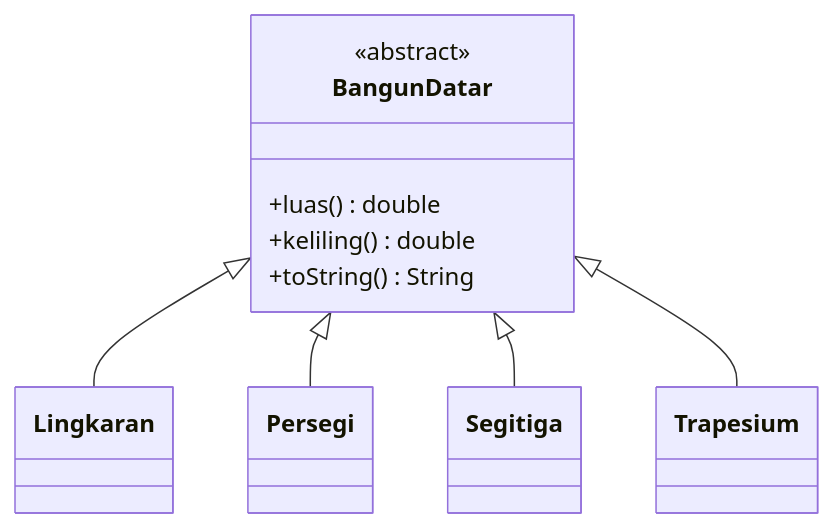
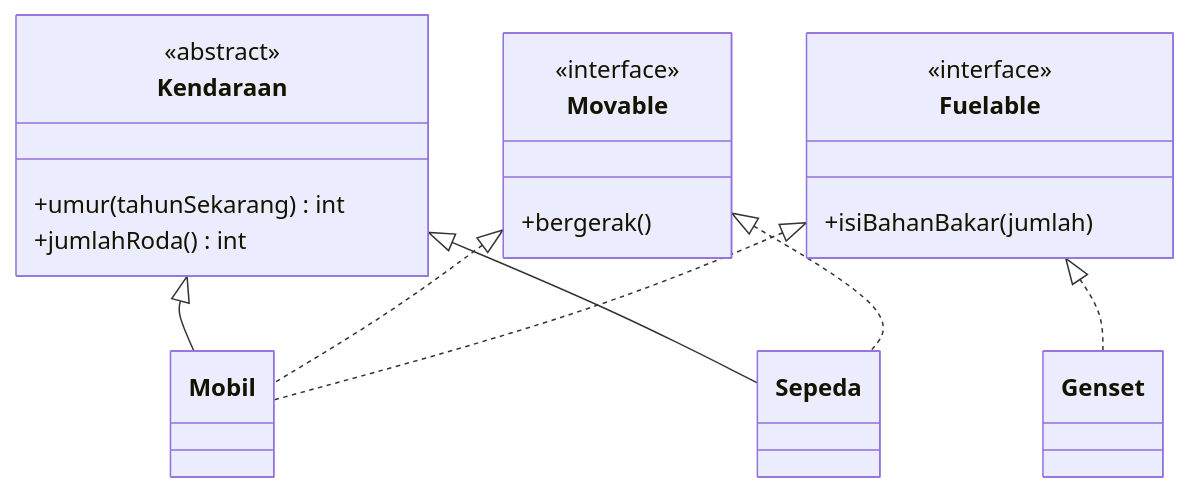
The second of 2 diagrams in README.md (muhammadkiro516-netizen/Praktikum-PBO-A-MuhammadSalmanAlFarisi-4525210141), drawn with Mermaid before and after one commit. The commit also changed other lines of this file and 65 other files, not shown here.

````diff
--- a/README.md
+++ b/README.md
@@ -51,13 +54,22 @@
 ```mermaid
 classDiagram
-    class BangunDatar {
+    class Kendaraan {
         <<abstract>>
-        +luas() double
-        +keliling() double
-        +toString() String
+        +umur(tahunSekarang) int
+        +jumlahRoda() int
     }
-    BangunDatar <|-- Lingkaran
-    BangunDatar <|-- Persegi
-    BangunDatar <|-- Segitiga
-    BangunDatar <|-- Trapesium
+    class Movable {
+        <<interface>>
+        +bergerak()
+    }
+    class Fuelable {
+        <<interface>>
+        +isiBahanBakar(jumlah)
+    }
+    Kendaraan <|-- Mobil
+    Kendaraan <|-- Sepeda
+    Movable <|.. Mobil
+    Fuelable <|.. Mobil
+    Movable <|.. Sepeda
+    Fuelable <|.. Genset
 ```
````
